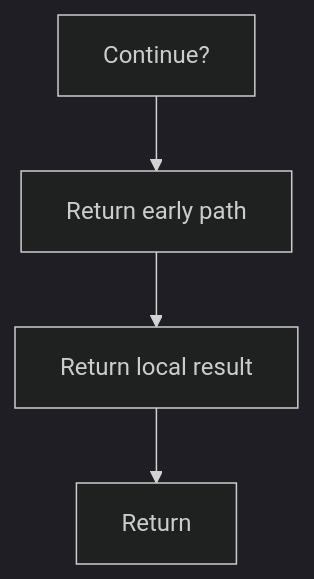
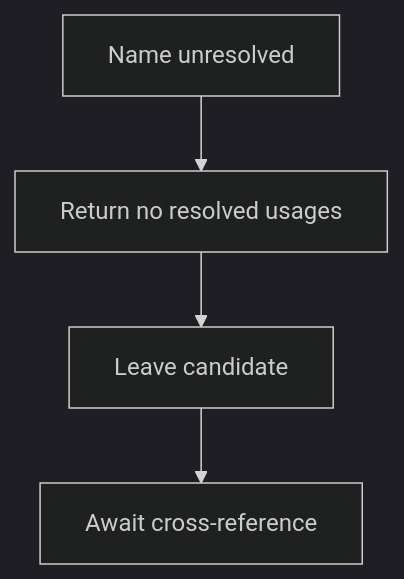
Before and after one commit to JohnAndrewBalbarosa/NeoTerritory: the second of 2 diagrams in docs/Codebase/Microservice/Modules/Source/Analysis/ImplementationUse/Resolution/Symbols/Query/Flow/functions/find_class_usages_by_name.cpp.md, drawn with Mermaid (dark theme). The commit also changed other lines of this file and 147 other files, not shown here.

````diff
--- a/docs/Codebase/Microservice/Modules/Source/Analysis/ImplementationUse/Resolution/Symbols/Query/Flow/functions/find_class_usages_by_name.cpp.md
+++ b/docs/Codebase/Microservice/Modules/Source/Analysis/ImplementationUse/Resolution/Symbols/Query/Flow/functions/find_class_usages_by_name.cpp.md
@@ -55,10 +61,10 @@
 ```mermaid
 flowchart TD
-    N0["Continue?"]
-    N1["Return early path"]
-    N2["Return local result"]
-    N3["Return"]
+    N0["Name unresolved"]
+    N1["Return no resolved usages"]
+    N2["Leave candidate"]
+    N3["Await cross-reference"]
     N0 --> N1
     N1 --> N2
     N2 --> N3
 ```
````
